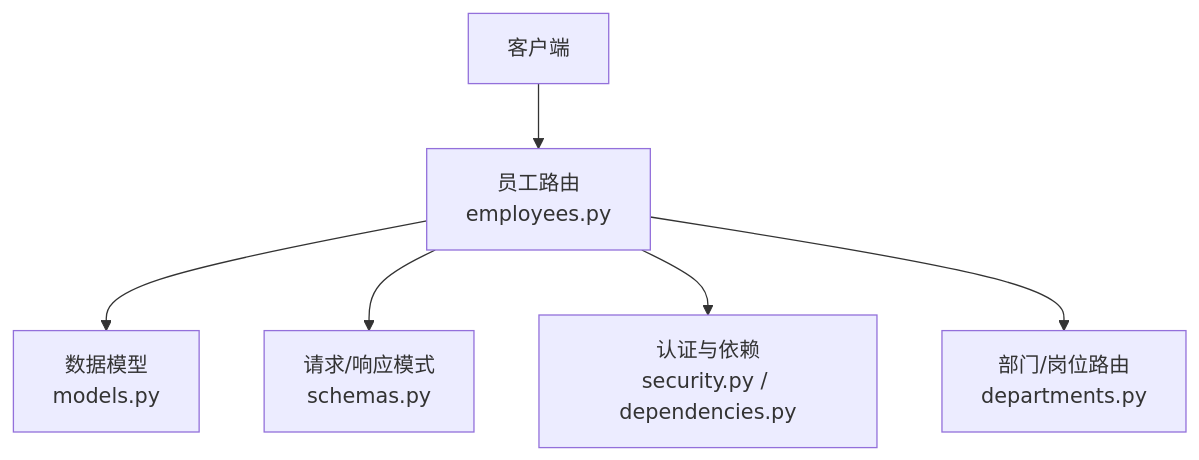
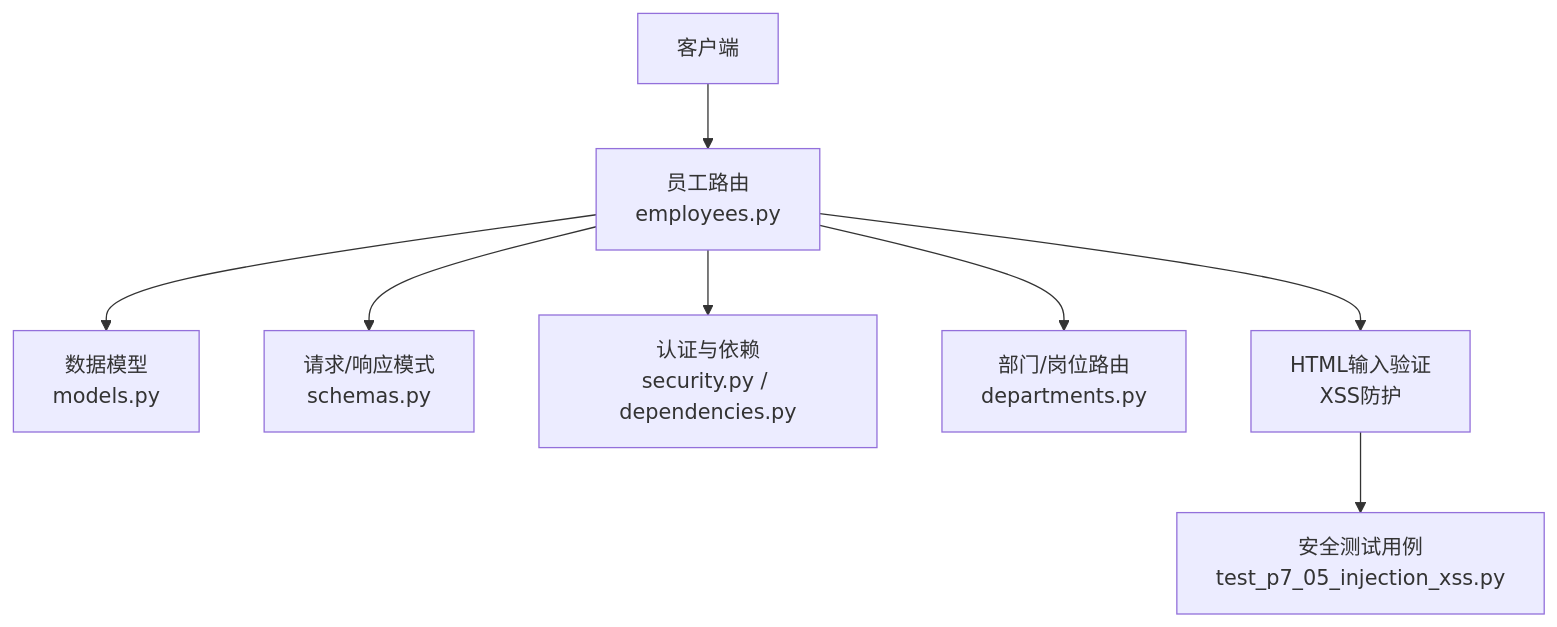
One commit to xgd561/performance_evaluation_system changed the first of 8 diagrams in .qoder/repowiki/zh/content/API参考文档/员工管理API.md. Above: the diagram before and after it, drawn with Mermaid. The commit also changed other lines of this file and 136 other files, not shown here.

````diff
--- a/.qoder/repowiki/zh/content/API参考文档/员工管理API.md
+++ b/.qoder/repowiki/zh/content/API参考文档/员工管理API.md
@@ -38,8 +48,10 @@
 ```mermaid
 graph TB
 Client["客户端"] --> RouterEmployees["员工路由<br/>employees.py"]
 RouterEmployees --> Models["数据模型<br/>models.py"]
 RouterEmployees --> Schemas["请求/响应模式<br/>schemas.py"]
 RouterEmployees --> Security["认证与依赖<br/>security.py / dependencies.py"]
 RouterEmployees --> DepartmentsRouter["部门/岗位路由<br/>departments.py"]
+RouterEmployees --> HTMLValidation["HTML输入验证<br/>XSS防护"]
+HTMLValidation --> TestCases["安全测试用例<br/>test_p7_05_injection_xss.py"]
 ```
````
